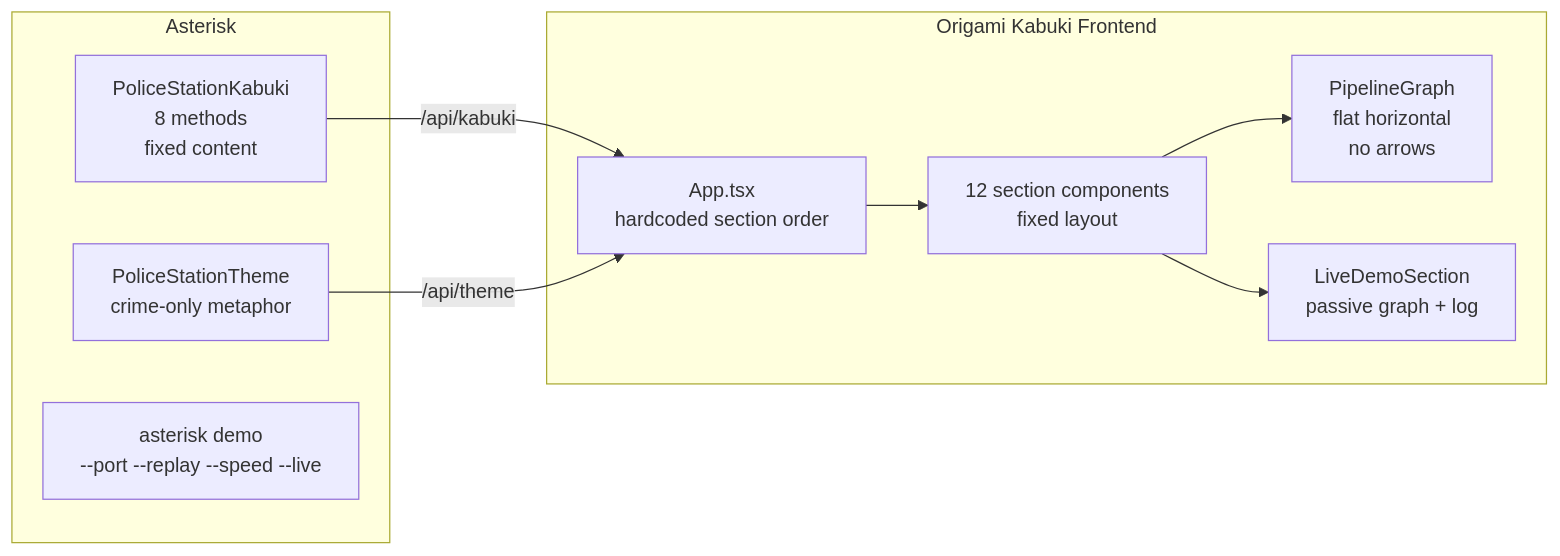
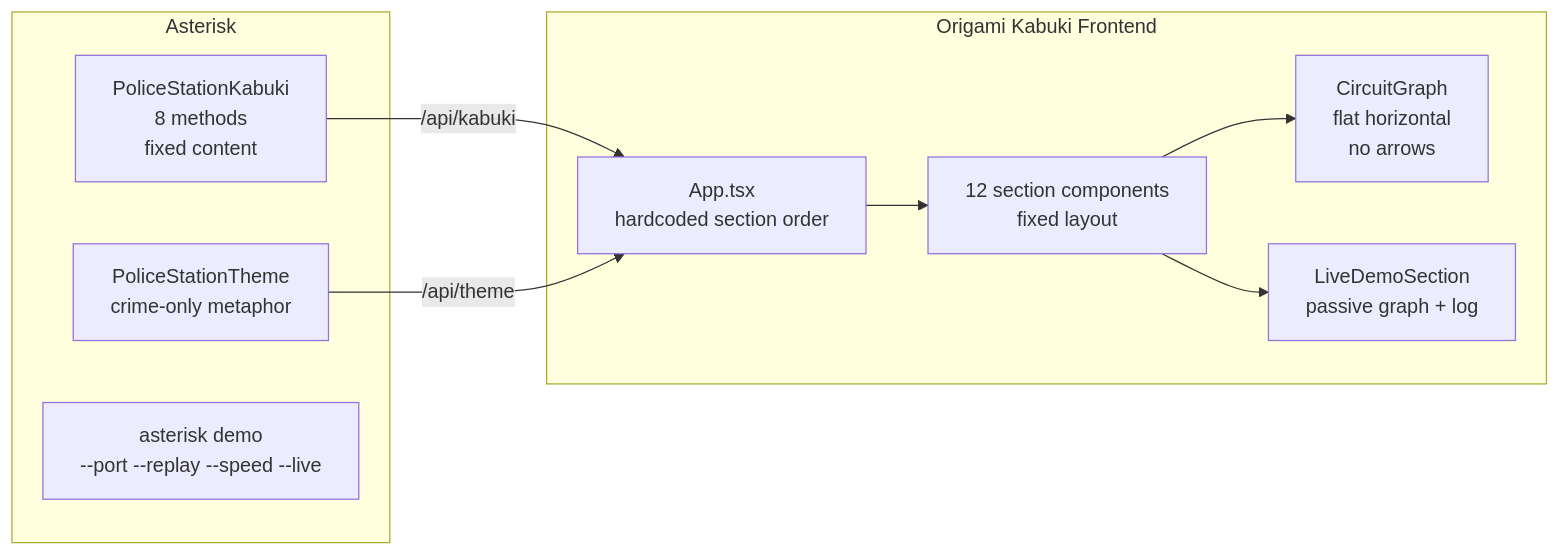
The first of 3 diagrams in .cursor/contracts/completed/polishing/improve-asterisk-kabuki-demo.md (dpopsuev/asterisk), drawn with Mermaid before and after one commit. The commit also changed other lines of this file and 184 other files, not shown here.

First line of the commit message:
refactor: pipeline→circuit rename + rca-pure-dsl Phase 3-4 advance

````diff
--- a/.cursor/contracts/completed/polishing/improve-asterisk-kabuki-demo.md
+++ b/.cursor/contracts/completed/polishing/improve-asterisk-kabuki-demo.md
@@ -38,21 +38,21 @@
 ```mermaid
 flowchart LR
     subgraph asterisk [Asterisk]
         Kabuki["PoliceStationKabuki\n8 methods\nfixed content"]
         Theme["PoliceStationTheme\ncrime-only metaphor"]
         CLI["asterisk demo\n--port --replay --speed --live"]
     end
 
     subgraph origami [Origami Kabuki Frontend]
         App["App.tsx\nhardcoded section order"]
         Sections["12 section components\nfixed layout"]
-        Graph["PipelineGraph\nflat horizontal\nno arrows"]
+        Graph["CircuitGraph\nflat horizontal\nno arrows"]
         LiveDemo["LiveDemoSection\npassive graph + log"]
     end
 
     Kabuki -->|"/api/kabuki"| App
     Theme -->|"/api/theme"| App
     App --> Sections
     Sections --> Graph
     Sections --> LiveDemo
 ```
````
